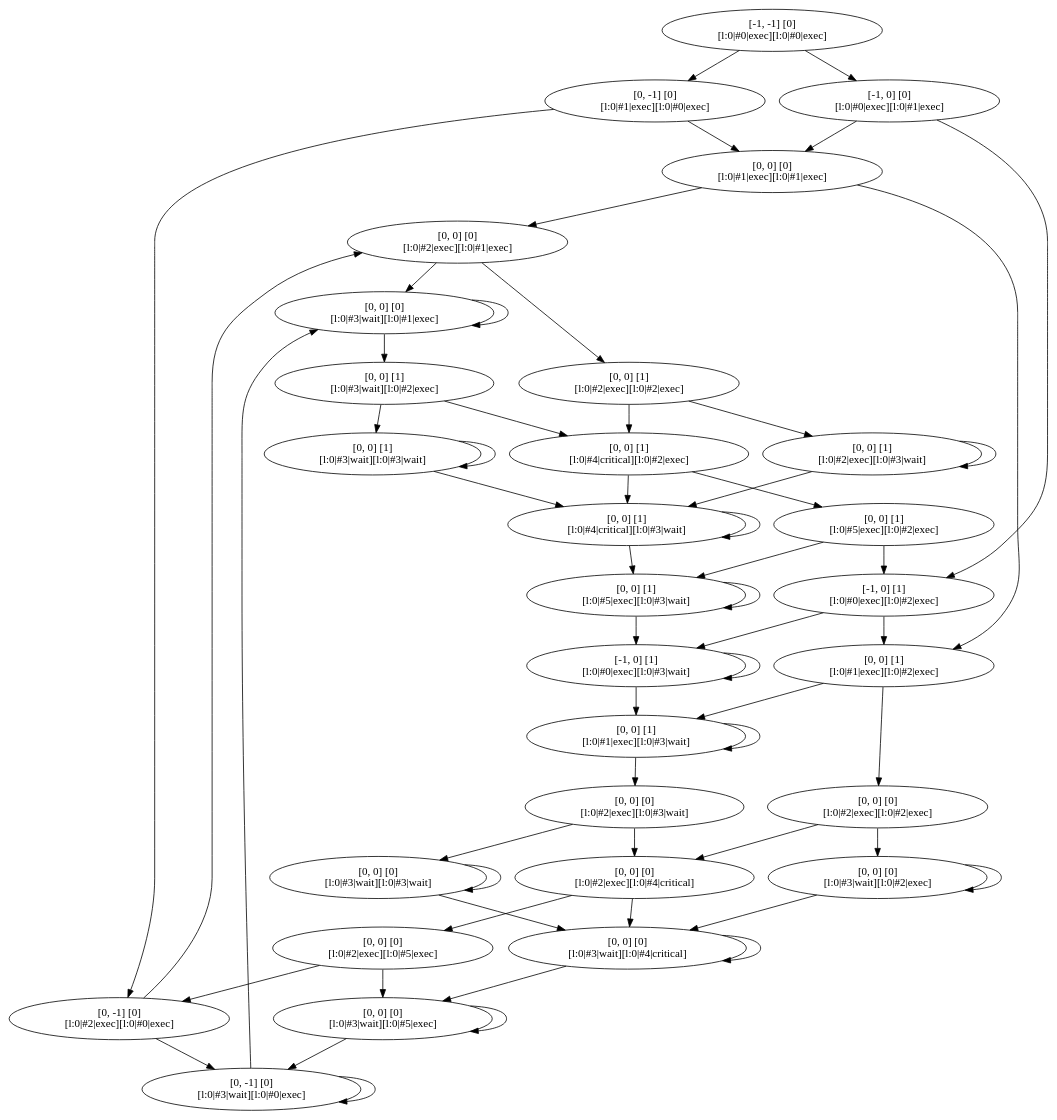
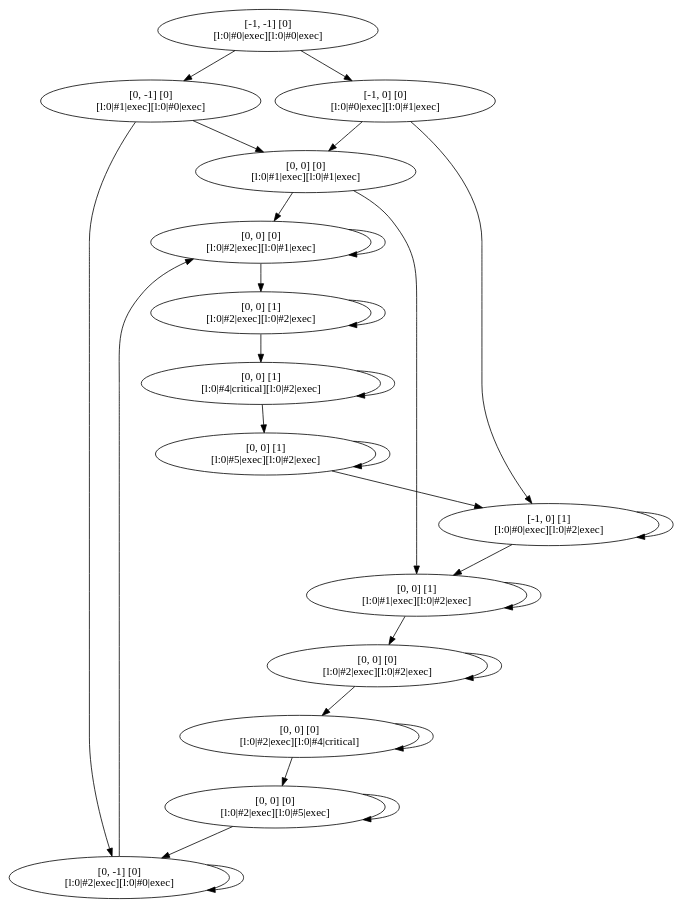
The diagram in output/TS_P2.dot (JoshuaMoelans/BDD_AlgoStudy), drawn with Graphviz before and after one commit. The commit also changed 5 other files, not shown here.

```diff
--- a/output/TS_P2.dot
+++ b/output/TS_P2.dot
@@ -1,87 +1,45 @@
 digraph G {
 0 [label="[-1, -1] [0]\n[l:0|#0|exec][l:0|#0|exec]"]
 1 [label="[0, -1] [0]\n[l:0|#1|exec][l:0|#0|exec]"]
 4 [label="[0, 0] [0]\n[l:0|#1|exec][l:0|#1|exec]"]
 2 [label="[-1, 0] [0]\n[l:0|#0|exec][l:0|#1|exec]"]
 3 [label="[0, -1] [0]\n[l:0|#2|exec][l:0|#0|exec]"]
 6 [label="[-1, 0] [1]\n[l:0|#0|exec][l:0|#2|exec]"]
-7 [label="[0, -1] [0]\n[l:0|#3|wait][l:0|#0|exec]"]
 8 [label="[0, 0] [0]\n[l:0|#2|exec][l:0|#1|exec]"]
 10 [label="[0, 0] [1]\n[l:0|#1|exec][l:0|#2|exec]"]
-12 [label="[-1, 0] [1]\n[l:0|#0|exec][l:0|#3|wait]"]
-14 [label="[0, 0] [0]\n[l:0|#3|wait][l:0|#1|exec]"]
-16 [label="[0, 0] [1]\n[l:0|#2|exec][l:0|#2|exec]"]
-17 [label="[0, 0] [0]\n[l:0|#2|exec][l:0|#2|exec]"]
-18 [label="[0, 0] [1]\n[l:0|#1|exec][l:0|#3|wait]"]
-22 [label="[0, 0] [1]\n[l:0|#3|wait][l:0|#2|exec]"]
-23 [label="[0, 0] [1]\n[l:0|#4|critical][l:0|#2|exec]"]
-44 [label="[0, 0] [1]\n[l:0|#5|exec][l:0|#3|wait]"]
-48 [label="[0, 0] [0]\n[l:0|#3|wait][l:0|#5|exec]"]
-26 [label="[0, 0] [0]\n[l:0|#2|exec][l:0|#4|critical]"]
-25 [label="[0, 0] [0]\n[l:0|#3|wait][l:0|#2|exec]"]
-24 [label="[0, 0] [1]\n[l:0|#2|exec][l:0|#3|wait]"]
-27 [label="[0, 0] [0]\n[l:0|#2|exec][l:0|#3|wait]"]
-30 [label="[0, 0] [1]\n[l:0|#3|wait][l:0|#3|wait]"]
-31 [label="[0, 0] [1]\n[l:0|#5|exec][l:0|#2|exec]"]
-32 [label="[0, 0] [1]\n[l:0|#4|critical][l:0|#3|wait]"]
-36 [label="[0, 0] [0]\n[l:0|#3|wait][l:0|#4|critical]"]
-38 [label="[0, 0] [0]\n[l:0|#2|exec][l:0|#5|exec]"]
-39 [label="[0, 0] [0]\n[l:0|#3|wait][l:0|#3|wait]"]
+14 [label="[0, 0] [1]\n[l:0|#2|exec][l:0|#2|exec]"]
+15 [label="[0, 0] [0]\n[l:0|#2|exec][l:0|#2|exec]"]
+17 [label="[0, 0] [1]\n[l:0|#4|critical][l:0|#2|exec]"]
+20 [label="[0, 0] [0]\n[l:0|#2|exec][l:0|#4|critical]"]
+21 [label="[0, 0] [1]\n[l:0|#5|exec][l:0|#2|exec]"]
+24 [label="[0, 0] [0]\n[l:0|#2|exec][l:0|#5|exec]"]
 0 -> 1
 0 -> 2
 1 -> 3
 1 -> 4
 2 -> 4
 2 -> 6
-3 -> 7
+3 -> 3
 3 -> 8
 4 -> 8
 4 -> 10
 6 -> 10
-6 -> 12
-7 -> 7
-7 -> 14
+6 -> 6
+8 -> 8
 8 -> 14
-8 -> 16
-10 -> 17
-10 -> 18
-12 -> 18
-12 -> 12
+10 -> 15
+10 -> 10
+14 -> 17
 14 -> 14
-14 -> 22
-16 -> 23
-16 -> 24
-17 -> 25
-17 -> 26
-18 -> 27
-18 -> 18
-22 -> 23
-22 -> 30
-23 -> 31
-23 -> 32
-24 -> 32
+15 -> 15
+15 -> 20
+17 -> 21
+17 -> 17
+20 -> 20
+20 -> 24
+21 -> 6
+21 -> 21
 24 -> 24
-25 -> 25
-25 -> 36
-26 -> 36
-26 -> 38
-27 -> 39
-27 -> 26
-30 -> 32
-30 -> 30
-31 -> 6
-31 -> 44
-32 -> 44
-32 -> 32
-36 -> 36
-36 -> 48
-38 -> 48
-38 -> 3
-39 -> 39
-39 -> 36
-44 -> 12
-44 -> 44
-48 -> 48
-48 -> 7
+24 -> 3
 
 }
```
